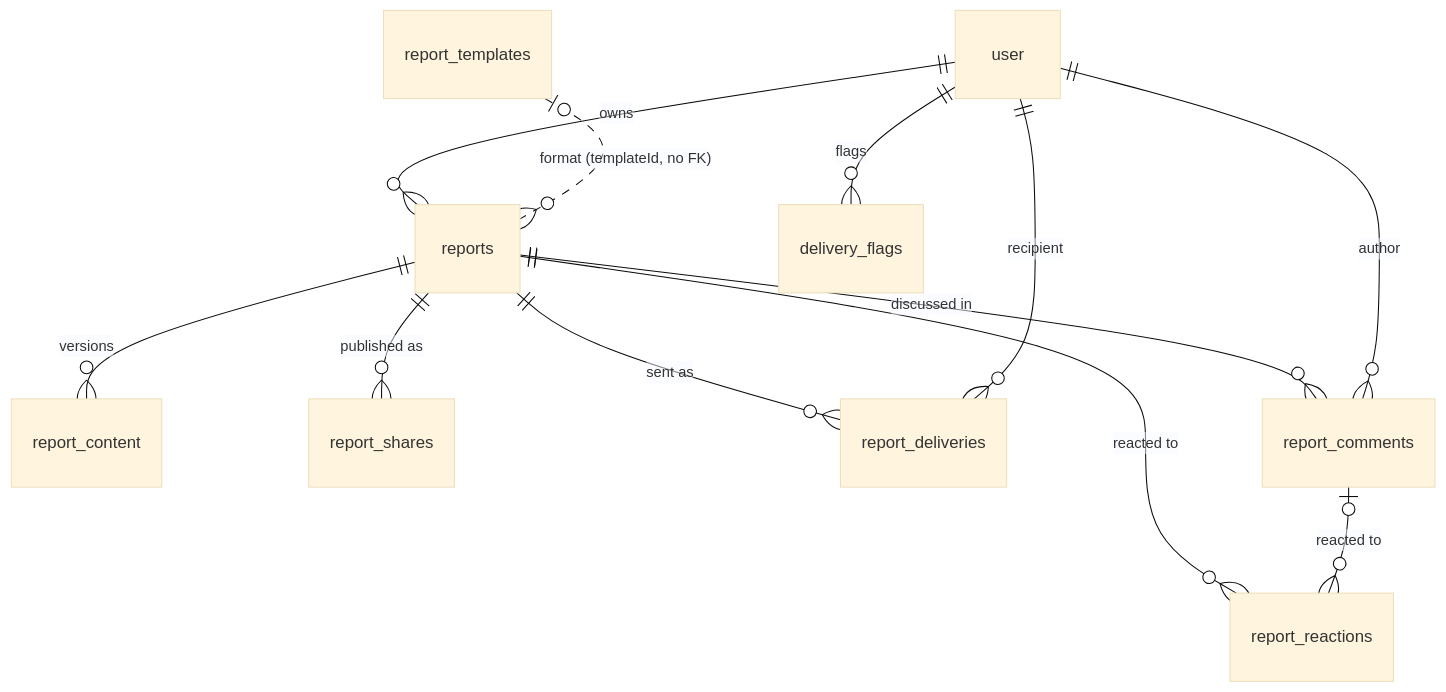
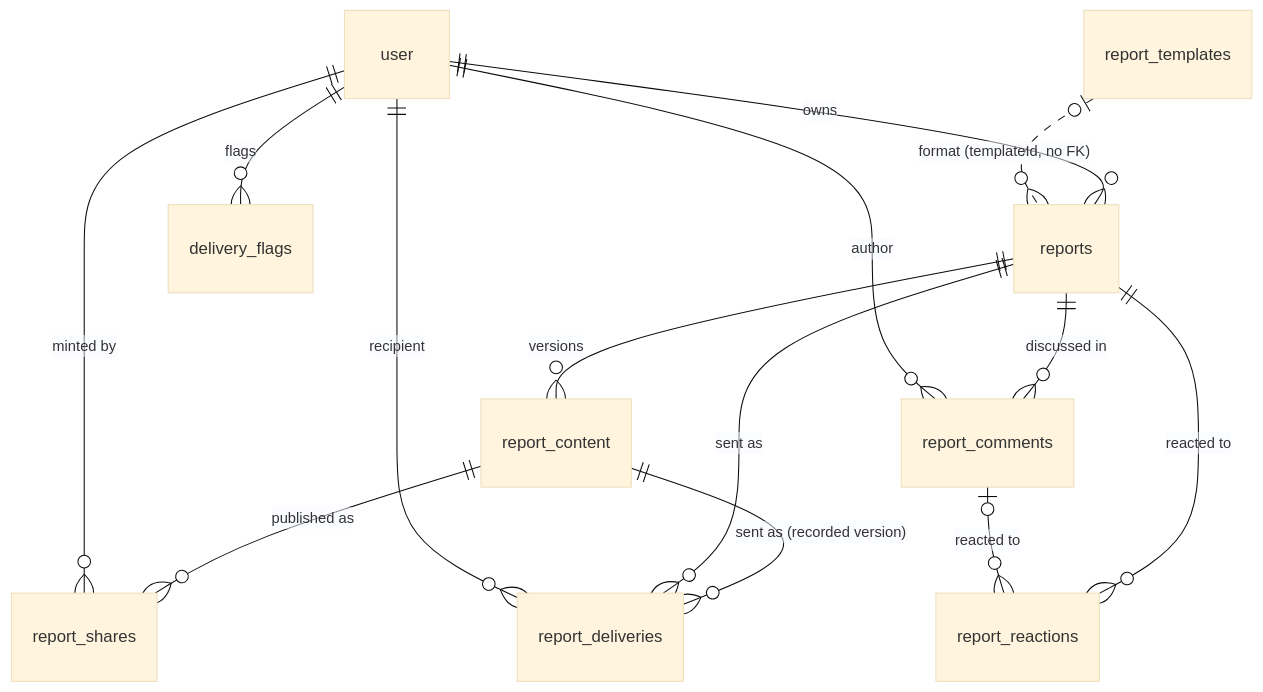
The sixth of 9 diagrams in docs/data-model.md (spantail/spantail), drawn with Mermaid (base theme) before and after one commit. The commit also changed other lines of this file and 33 other files, not shown here.

First line of the commit message:
feat(reports,inbox): let recipients share received reports; rebase shares on content versions (#145)

````diff
--- a/docs/data-model.md
+++ b/docs/data-model.md
@@ -224,14 +224,16 @@
 ```mermaid
 erDiagram
     user ||--o{ reports : "owns"
     report_templates |o..o{ reports : "format (templateId, no FK)"
     reports ||--o{ report_content : "versions"
-    reports ||--o{ report_shares : "published as"
+    report_content ||--o{ report_shares : "published as"
+    report_content ||--o{ report_deliveries : "sent as (recorded version)"
     reports ||--o{ report_deliveries : "sent as"
+    user ||--o{ report_shares : "minted by"
     reports ||--o{ report_comments : "discussed in"
     reports ||--o{ report_reactions : "reacted to"
     report_comments |o--o{ report_reactions : "reacted to"
     user ||--o{ report_deliveries : "recipient"
     user ||--o{ report_comments : "author"
     user ||--o{ delivery_flags : "flags"
 ```
````
